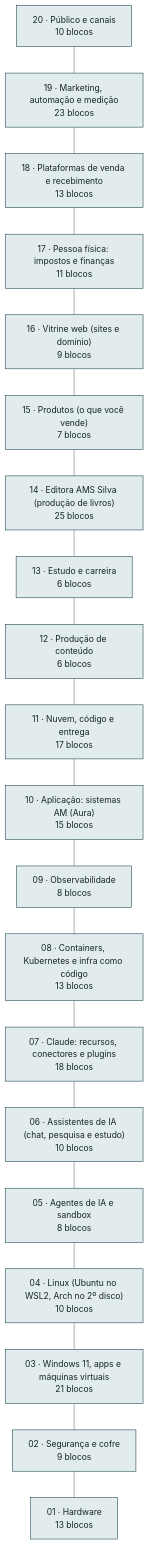
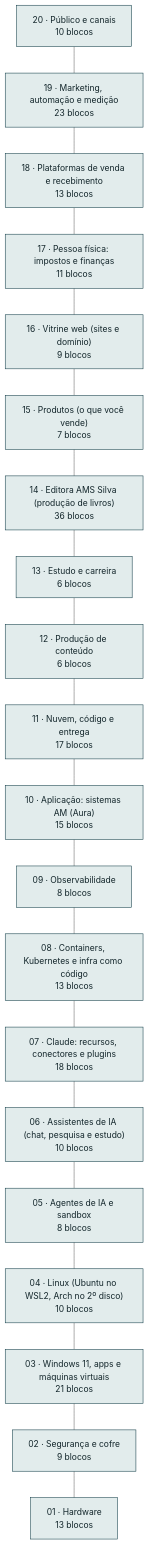
One commit to AlanMateus17/dev-setup changed the diagram in docs/arquitetura.md. Above: the diagram before and after it, drawn with Mermaid (neutral theme). The commit also changed other lines of this file and 17 other files, not shown here.

````diff
--- a/docs/arquitetura.md
+++ b/docs/arquitetura.md
@@ -10,44 +10,44 @@
 ```mermaid
 flowchart TB
   L_pub["20 · Público e canais<br/>10 blocos"]
   L_mkt["19 · Marketing, automação e medição<br/>23 blocos"]
   L_venda["18 · Plataformas de venda e recebimento<br/>13 blocos"]
   L_emp["17 · Pessoa física: impostos e finanças<br/>11 blocos"]
   L_web["16 · Vitrine web (sites e domínio)<br/>9 blocos"]
   L_prod["15 · Produtos (o que você vende)<br/>7 blocos"]
-  L_editora["14 · Editora AMS Silva (produção de livros)<br/>25 blocos"]
+  L_editora["14 · Editora AMS Silva (produção de livros)<br/>36 blocos"]
   L_est["13 · Estudo e carreira<br/>6 blocos"]
   L_cont["12 · Produção de conteúdo<br/>6 blocos"]
   L_nuvem["11 · Nuvem, código e entrega<br/>17 blocos"]
   L_app["10 · Aplicação: sistemas AM (Aura)<br/>15 blocos"]
   L_obs["09 · Observabilidade<br/>8 blocos"]
   L_cnt["08 · Containers, Kubernetes e infra como código<br/>13 blocos"]
   L_clc["07 · Claude: recursos, conectores e plugins<br/>18 blocos"]
   L_chat["06 · Assistentes de IA (chat, pesquisa e estudo)<br/>10 blocos"]
   L_ia["05 · Agentes de IA e sandbox<br/>8 blocos"]
   L_lin["04 · Linux (Ubuntu no WSL2, Arch no 2º disco)<br/>10 blocos"]
   L_win["03 · Windows 11, apps e máquinas virtuais<br/>21 blocos"]
   L_seg["02 · Segurança e cofre<br/>9 blocos"]
   L_hw["01 · Hardware<br/>13 blocos"]
   L_pub --- L_mkt
   L_mkt --- L_venda
   L_venda --- L_emp
   L_emp --- L_web
   L_web --- L_prod
   L_prod --- L_editora
   L_editora --- L_est
   L_est --- L_cont
   L_cont --- L_nuvem
   L_nuvem --- L_app
   L_app --- L_obs
   L_obs --- L_cnt
   L_cnt --- L_clc
   L_clc --- L_chat
   L_chat --- L_ia
   L_ia --- L_lin
   L_lin --- L_win
   L_win --- L_seg
   L_seg --- L_hw
   classDef cam fill:#e2ecec,stroke:#0e3a45,color:#13262b
   class L_pub,L_mkt,L_venda,L_emp,L_web,L_prod,L_editora,L_est,L_cont,L_nuvem,L_app,L_obs,L_cnt,L_clc,L_chat,L_ia,L_lin,L_win,L_seg,L_hw cam
 ```
````
